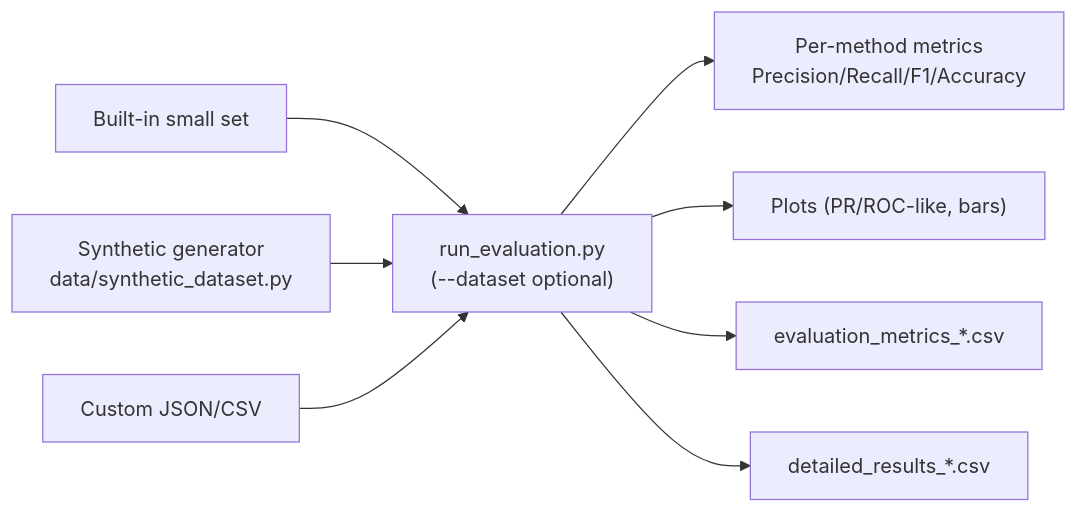
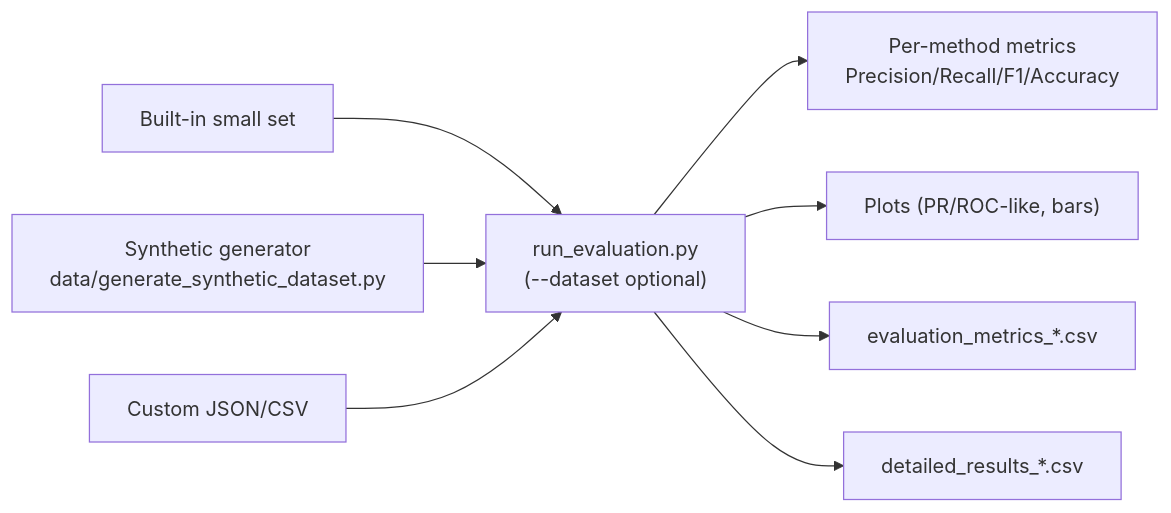
Before and after one commit to TakudzwaChoto/zkp-snarks: the third of 5 diagrams in README.md, drawn with Mermaid. The commit also changed other lines of this file and 7 other files, not shown here.

````diff
--- a/README.md
+++ b/README.md
@@ -102,13 +124,13 @@
 ```mermaid
 flowchart LR
     DS1[Built-in small set]
-    DS2["Synthetic generator\ndata/synthetic_dataset.py"]
+    DS2["Synthetic generator\ndata/generate_synthetic_dataset.py"]
     DS3[Custom JSON/CSV]
     
     DS1 & DS2 & DS3 --> RUN["run_evaluation.py\n(--dataset optional)"]
     
     RUN --> CALC["Per-method metrics\nPrecision/Recall/F1/Accuracy"]
     RUN --> VIZ["Plots (PR/ROC-like, bars)"]
     RUN --> CSV1["evaluation_metrics_*.csv"]
     RUN --> CSV2["detailed_results_*.csv"]
 ```
````
